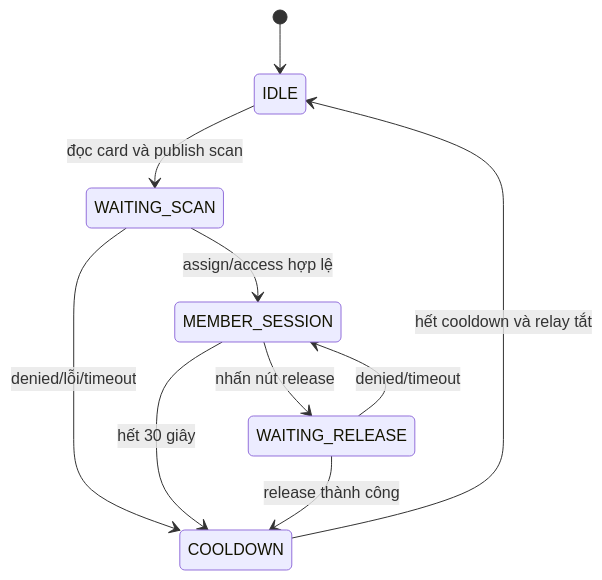
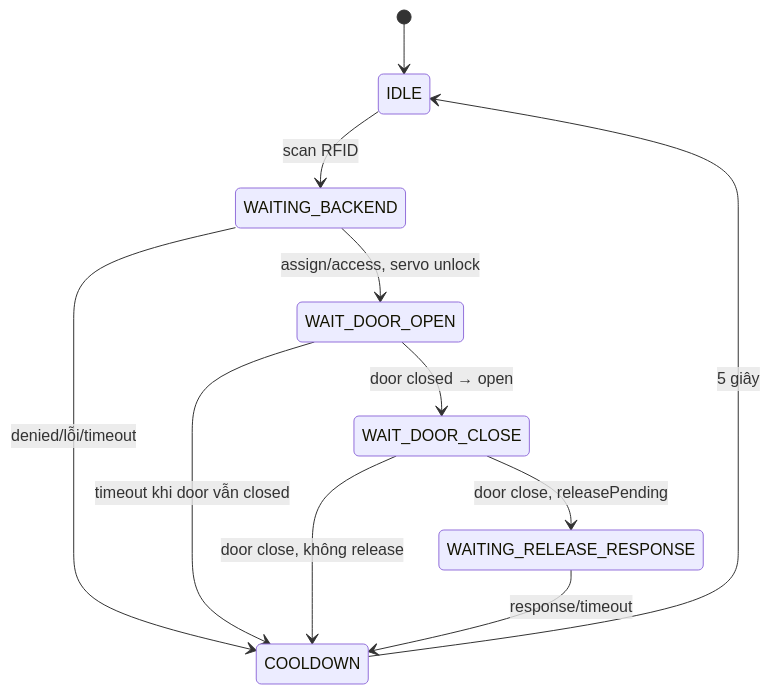
One commit to vuhieu0808/iot-project changed the diagram in docs/CodeExplain/modules/locker/STATE_MACHINE.md. Above: the diagram before and after it, drawn with Mermaid. The commit also changed other lines of this file and 17 other files, not shown here.

Commit message:
feat(esp32): Create diagram and fix locker bug

````diff
--- a/docs/CodeExplain/modules/locker/STATE_MACHINE.md
+++ b/docs/CodeExplain/modules/locker/STATE_MACHINE.md
@@ -5,12 +3,13 @@
 ```mermaid
 stateDiagram-v2
     [*] --> IDLE
-    IDLE --> WAITING_SCAN: đọc card và publish scan
-    WAITING_SCAN --> MEMBER_SESSION: assign/access hợp lệ
-    WAITING_SCAN --> COOLDOWN: denied/lỗi/timeout
-    MEMBER_SESSION --> WAITING_RELEASE: nhấn nút release
-    MEMBER_SESSION --> COOLDOWN: hết 30 giây
-    WAITING_RELEASE --> COOLDOWN: release thành công
-    WAITING_RELEASE --> MEMBER_SESSION: denied/timeout
-    COOLDOWN --> IDLE: hết cooldown và relay tắt
+    IDLE --> WAITING_BACKEND: scan RFID
+    WAITING_BACKEND --> WAIT_DOOR_OPEN: assign/access, servo unlock
+    WAITING_BACKEND --> COOLDOWN: denied/lỗi/timeout
+    WAIT_DOOR_OPEN --> WAIT_DOOR_CLOSE: door closed → open
+    WAIT_DOOR_OPEN --> COOLDOWN: timeout khi door vẫn closed
+    WAIT_DOOR_CLOSE --> COOLDOWN: door close, không release
+    WAIT_DOOR_CLOSE --> WAITING_RELEASE_RESPONSE: door close, releasePending
+    WAITING_RELEASE_RESPONSE --> COOLDOWN: response/timeout
+    COOLDOWN --> IDLE: 5 giây
 ```
````
